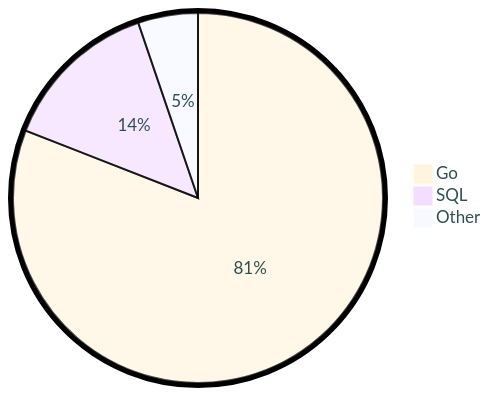
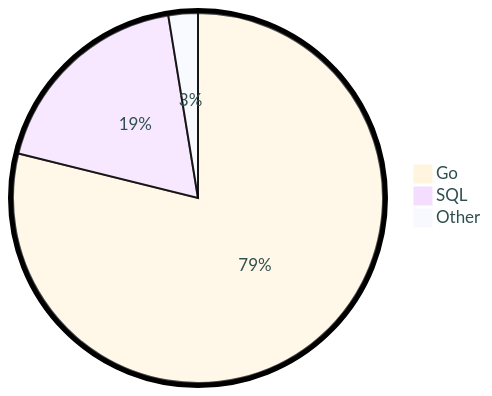
One commit to tot0p/tot0p changed the diagram in README.md. Above: the diagram before and after it, drawn with Mermaid. The commit also changed other lines of this file, not shown here.

````diff
--- a/README.md
+++ b/README.md
@@ -121,7 +121,7 @@
 ```mermaid
 %%{init: {"pie": {"textPosition": 0.5}, "themeVariables": {"pieOuterStrokeWidth": "5px","primaryTextColor" : "#2F4F4F"},"theme":"base"} }%%
 pie
-	"Go": 80.94
-	"SQL": 13.84
-	"Other": 5.2299999999999995
+	"Go": 78.86
+	"SQL": 18.57
+	"Other": 2.57
 ```
````
